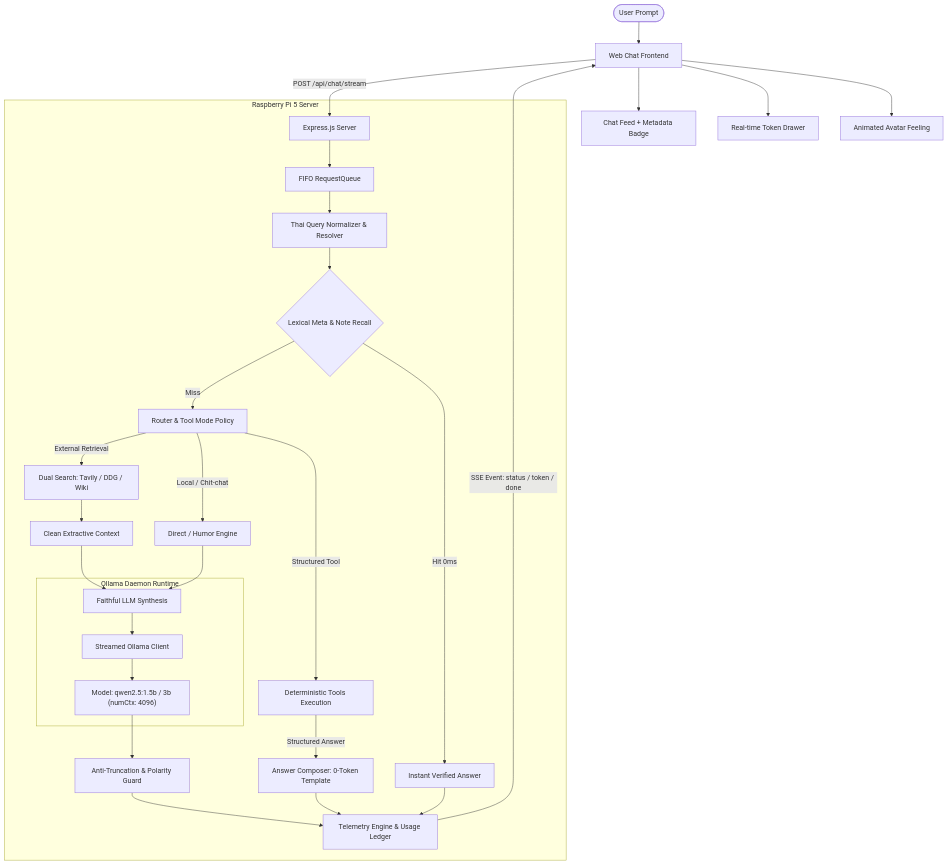
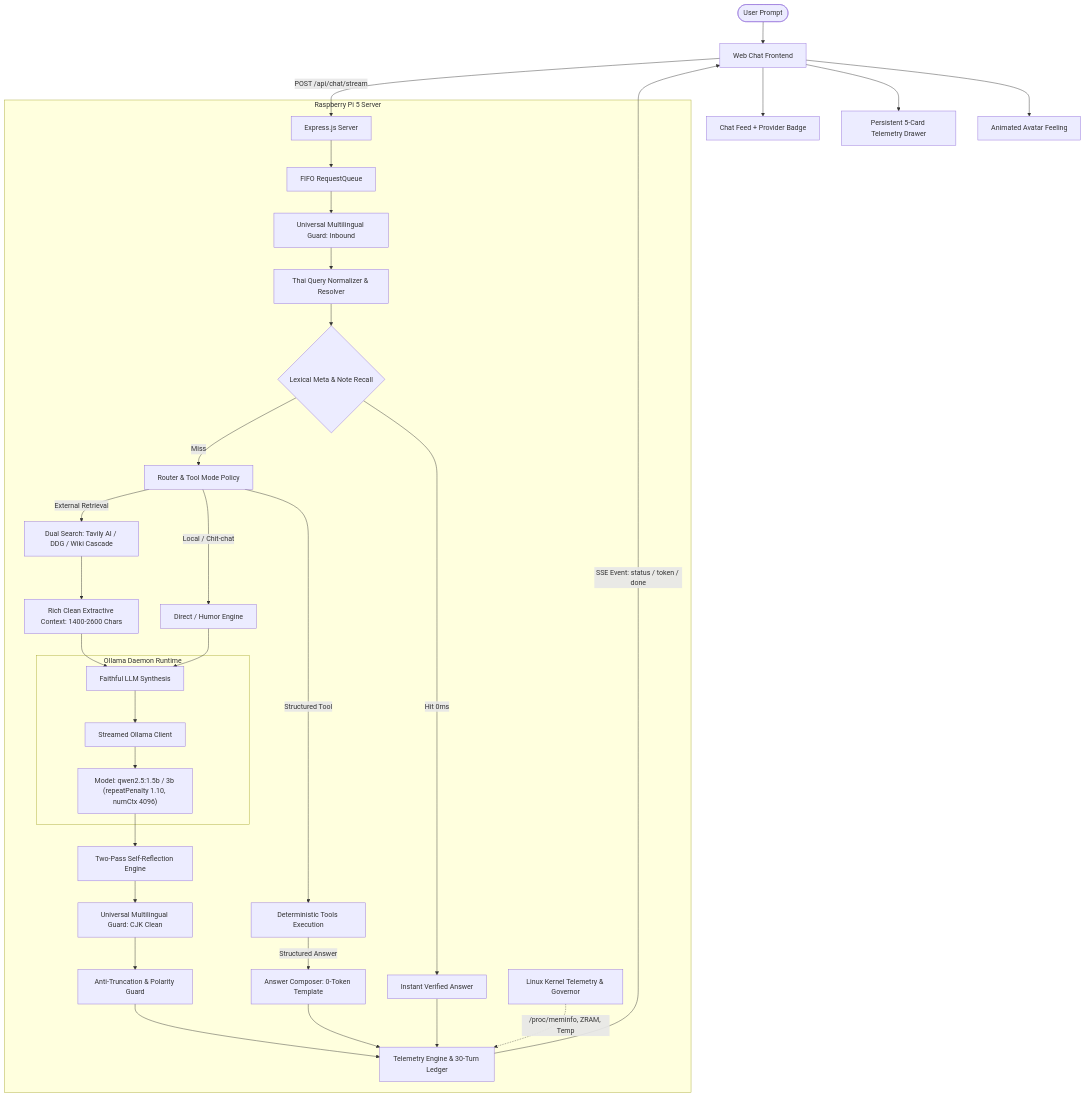
One commit to Yeennawa/Local-AI-Agent changed the diagram in README.md. Above: the diagram before and after it, drawn with Mermaid. The commit also changed other lines of this file and 20 other files, not shown here.

First line of the commit message:
feat(core): implement deep thinking multilingual memory30 and os kernel telemetry

````diff
--- a/README.md
+++ b/README.md
@@ -113,40 +128,46 @@
 ```mermaid
 flowchart TD
     User([User Prompt]) --> ClientUI[Web Chat Frontend]
     ClientUI -->|POST /api/chat/stream| Server[Express.js Server]
     
     subgraph Edge_Runtime [Raspberry Pi 5 Server]
         Server --> Queue[FIFO RequestQueue]
-        Queue --> Normalizer[Thai Query Normalizer & Resolver]
+        Queue --> LanguageGuardIn[Universal Multilingual Guard: Inbound]
+        LanguageGuardIn --> Normalizer[Thai Query Normalizer & Resolver]
         
         Normalizer --> FastCheck{Lexical Meta & Note Recall}
         FastCheck -->|Hit 0ms| FastOut[Instant Verified Answer]
         
         FastCheck -->|Miss| PolicyRouter[Router & Tool Mode Policy]
         
         PolicyRouter -->|Local / Chit-chat| DirectGen[Direct / Humor Engine]
         PolicyRouter -->|Structured Tool| ToolExec[Deterministic Tools Execution]
-        PolicyRouter -->|External Retrieval| SearchExec[Dual Search: Tavily / DDG / Wiki]
+        PolicyRouter -->|External Retrieval| SearchExec[Dual Search: Tavily AI / DDG / Wiki Cascade]
         
         ToolExec -->|Structured Answer| AnswerComposer[Answer Composer: 0-Token Template]
-        SearchExec --> CleanContext[Clean Extractive Context]
+        SearchExec --> CleanContext[Rich Clean Extractive Context: 1400-2600 Chars]
         
         CleanContext --> SynthesisEngine[Faithful LLM Synthesis]
         DirectGen --> SynthesisEngine
         
         subgraph Local_Ollama [Ollama Daemon Runtime]
             SynthesisEngine --> OllamaClient[Streamed Ollama Client]
-            OllamaClient --> ActiveModel["Model: qwen2.5:1.5b / 3b (numCtx: 4096)"]
+            OllamaClient --> ActiveModel["Model: qwen2.5:1.5b / 3b (repeatPenalty 1.10, numCtx 4096)"]
         end
         
-        ActiveModel --> PolarityGuard[Anti-Truncation & Polarity Guard]
-        PolarityGuard --> Telemetry[Telemetry Engine & Usage Ledger]
+        ActiveModel --> ReflectionEngine[Two-Pass Self-Reflection Engine]
+        ReflectionEngine --> LanguageGuardOut[Universal Multilingual Guard: CJK Clean]
+        LanguageGuardOut --> PolarityGuard[Anti-Truncation & Polarity Guard]
+        
+        PolarityGuard --> Telemetry[Telemetry Engine & 30-Turn Ledger]
         AnswerComposer --> Telemetry
         FastOut --> Telemetry
+        
+        OSMonitor[Linux Kernel Telemetry & Governor] -.->|/proc/meminfo, ZRAM, Temp| Telemetry
     end
     
     Telemetry -->|SSE Event: status / token / done| ClientUI
-    ClientUI --> ChatBubble[Chat Feed + Metadata Badge]
-    ClientUI --> TelemetryDrawer[Real-time Token Drawer]
+    ClientUI --> ChatBubble[Chat Feed + Provider Badge]
+    ClientUI --> TelemetryDrawer[Persistent 5-Card Telemetry Drawer]
     ClientUI --> AvatarExpression[Animated Avatar Feeling]
 ```
````
